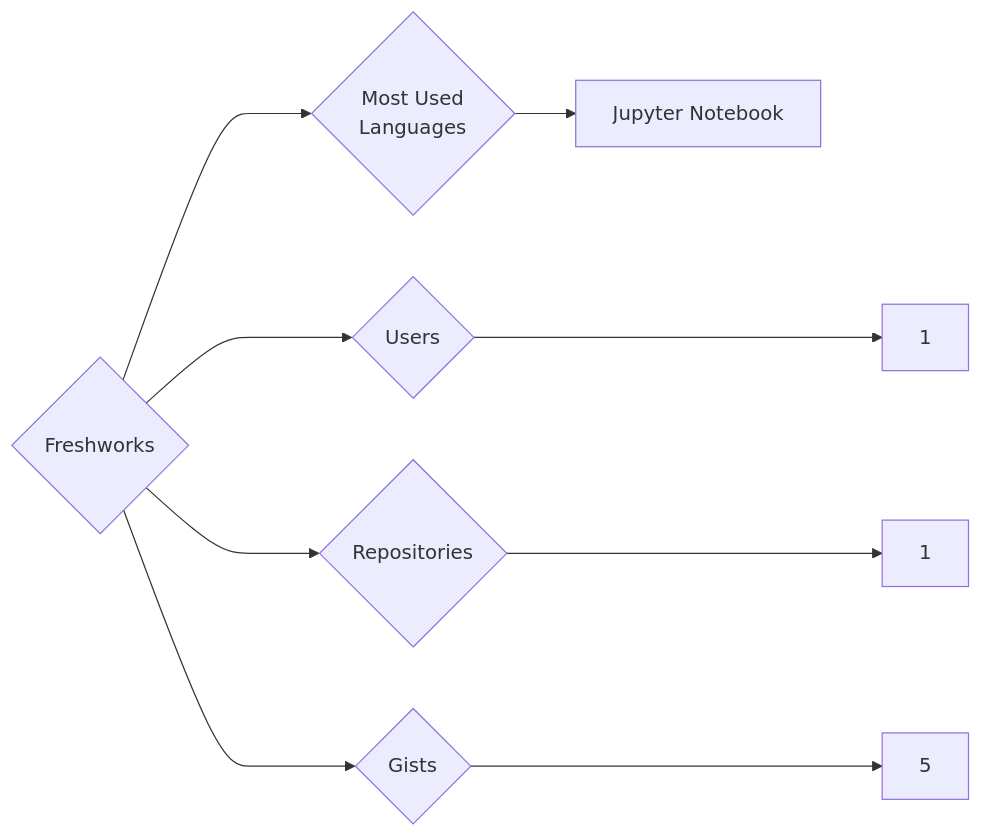
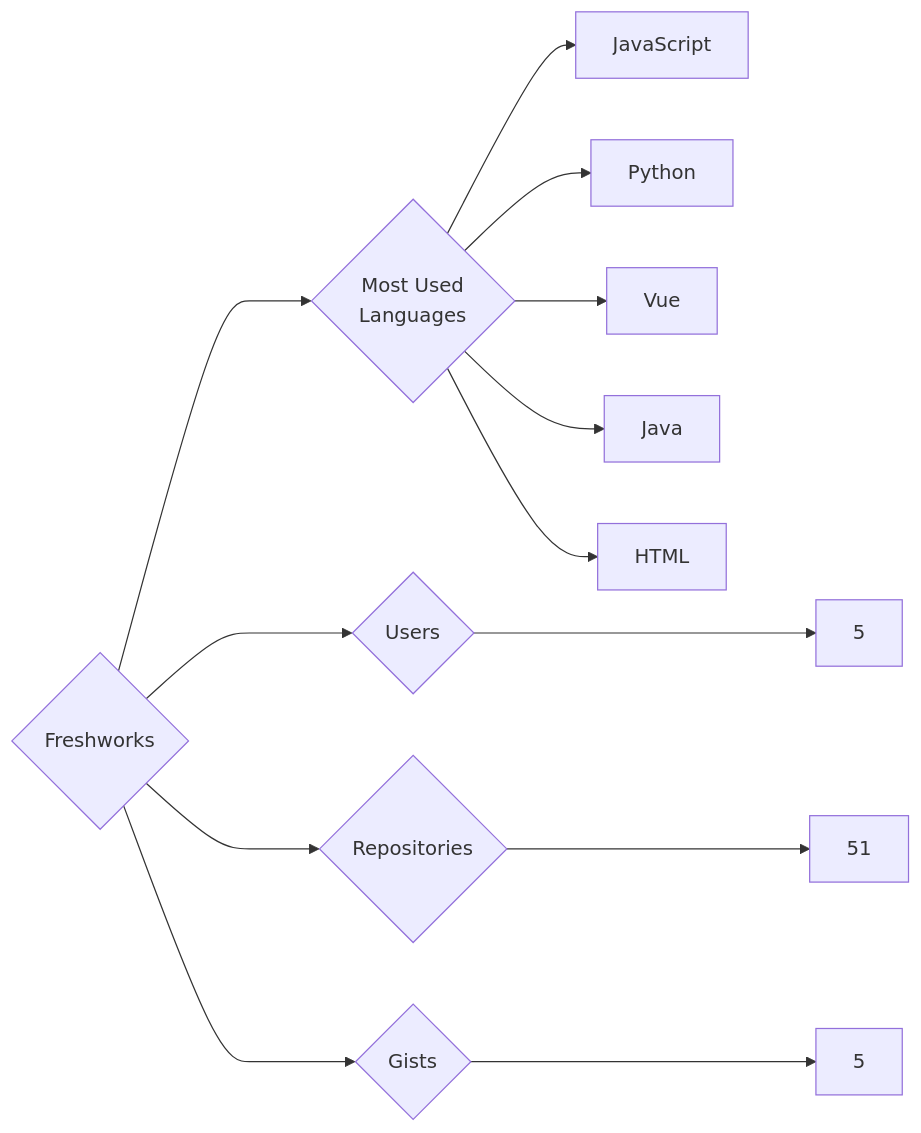
The diagram in targets/Freshworks/README.md (trickest/insiders), drawn with Mermaid before and after one commit. The commit also changed 938 other files, not shown here.

````diff
--- a/targets/Freshworks/README.md
+++ b/targets/Freshworks/README.md
@@ -3,9 +3,13 @@
 ```mermaid
 graph LR
 COMPANY_NAME{Freshworks}
-COMPANY_NAME ---> U{Users} ---> UN[1]
-COMPANY_NAME ---> R{Repositories} ---> RN[1]
+COMPANY_NAME ---> U{Users} ---> UN[5]
+COMPANY_NAME ---> R{Repositories} ---> RN[51]
 COMPANY_NAME ---> G{Gists} ---> GN[5]
 COMPANY_NAME ---> ML{Most Used<br>Languages}
-ML --> Jupyter_Notebook[Jupyter Notebook]
+ML --> JavaScript[JavaScript]
+ML --> Python[Python]
+ML --> Vue[Vue]
+ML --> Java[Java]
+ML --> HTML[HTML]
 ```
````
